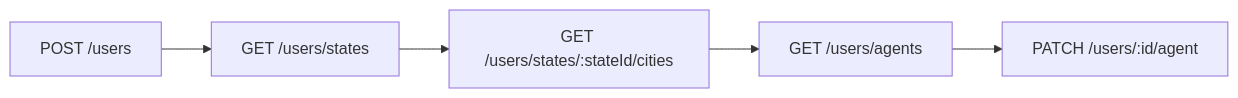
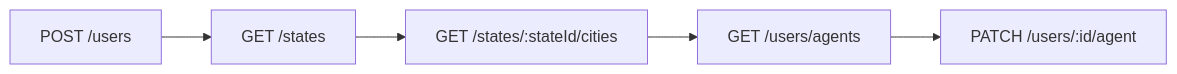
Before and after one commit to kenildonga/Referral-system: the diagram in docs/user-api-reference.md, drawn with Mermaid. The commit also changed other lines of this file and 5 other files, not shown here.

````diff
--- a/docs/user-api-reference.md
+++ b/docs/user-api-reference.md
@@ -36,9 +36,9 @@
 ```mermaid
 flowchart LR
   fillForm["POST /users"]
-  selectState["GET /users/states"]
-  selectCity["GET /users/states/:stateId/cities"]
+  selectState["GET /states"]
+  selectCity["GET /states/:stateId/cities"]
   listAgents["GET /users/agents"]
   assignAgent["PATCH /users/:id/agent"]
   fillForm --> selectState --> selectCity --> listAgents --> assignAgent
 ```
````
